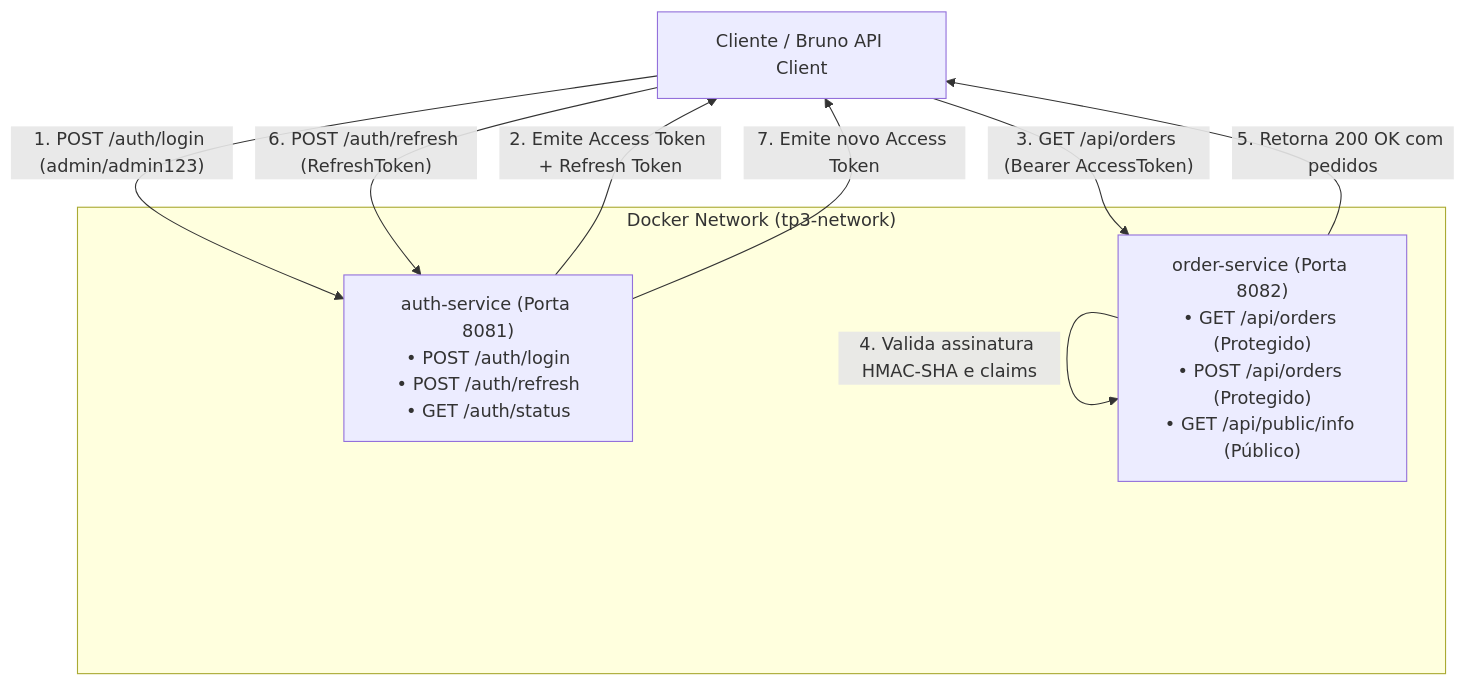
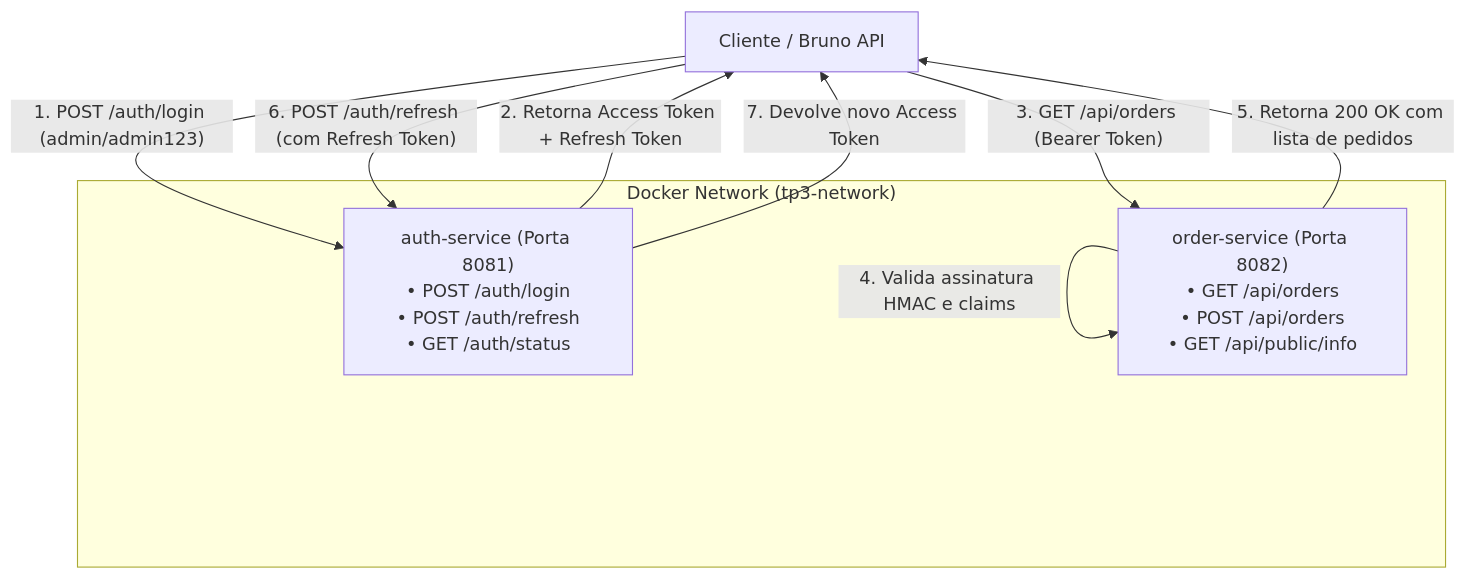
One commit to joaovsz/TP-Microservicos-Spring-3 changed the diagram in README.md. Above: the diagram before and after it, drawn with Mermaid. The commit also changed other lines of this file and 2 other files, not shown here.

Commit message:
refactor(docs,bruno): humanizar README e remover sufixos protegido/protegida

````diff
--- a/README.md
+++ b/README.md
@@ -11,17 +13,17 @@
 ```mermaid
 graph TD
-    Client["Cliente / Bruno API Client"]
+    Client["Cliente / Bruno API"]
     
     subgraph "Docker Network (tp3-network)"
         AuthService["auth-service (Porta 8081)<br/>• POST /auth/login<br/>• POST /auth/refresh<br/>• GET /auth/status"]
-        OrderService["order-service (Porta 8082)<br/>• GET /api/orders (Protegido)<br/>• POST /api/orders (Protegido)<br/>• GET /api/public/info (Público)"]
+        OrderService["order-service (Porta 8082)<br/>• GET /api/orders<br/>• POST /api/orders<br/>• GET /api/public/info"]
     end
 
     Client -->|"1. POST /auth/login (admin/admin123)"| AuthService
-    AuthService -->|"2. Emite Access Token + Refresh Token"| Client
-    Client -->|"3. GET /api/orders (Bearer AccessToken)"| OrderService
-    OrderService -->|"4. Valida assinatura HMAC-SHA e claims"| OrderService
-    OrderService -->|"5. Retorna 200 OK com pedidos"| Client
-    Client -->|"6. POST /auth/refresh (RefreshToken)"| AuthService
-    AuthService -->|"7. Emite novo Access Token"| Client
+    AuthService -->|"2. Retorna Access Token + Refresh Token"| Client
+    Client -->|"3. GET /api/orders (Bearer Token)"| OrderService
+    OrderService -->|"4. Valida assinatura HMAC e claims"| OrderService
+    OrderService -->|"5. Retorna 200 OK com lista de pedidos"| Client
+    Client -->|"6. POST /auth/refresh (com Refresh Token)"| AuthService
+    AuthService -->|"7. Devolve novo Access Token"| Client
 ```
````
